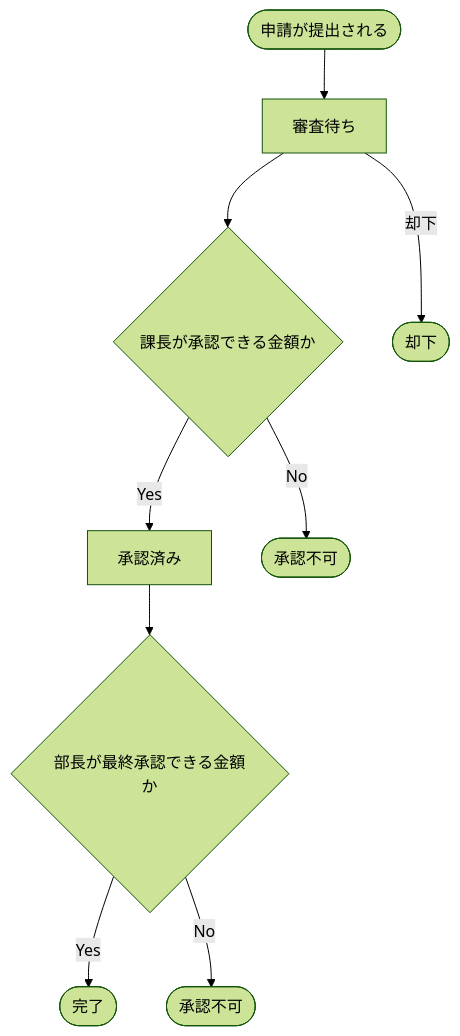
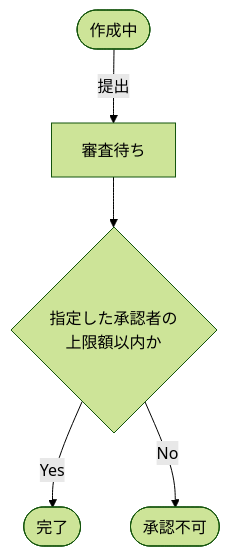
Before and after one commit to kumachan1101-pixel/DesignPattern: the first of 17 diagrams in kindle/design-patterns/output/chapter12.md, drawn with Mermaid (forest theme). The commit also changed other lines of this file and 3 other files, not shown here.

Commit message:
docs: revise chapters 11 and 12 review flow

````diff
--- a/kindle/design-patterns/output/chapter12.md
+++ b/kindle/design-patterns/output/chapter12.md
@@ -75,11 +71,7 @@
 ```mermaid
 flowchart TD
-    A([申請が提出される]) --> B[審査待ち]
-    B --> C{課長が承認できる金額か}
-    C -->|Yes| D[承認済み]
+    A([作成中]) -->|提出| B[審査待ち]
+    B --> C{指定した承認者の<br>上限額以内か}
+    C -->|Yes| D([完了])
     C -->|No| E([承認不可])
-    B -->|却下| F([却下])
-    D --> G{部長が最終承認できる金額か}
-    G -->|Yes| H([完了])
-    G -->|No| I([承認不可])
 ```
````
